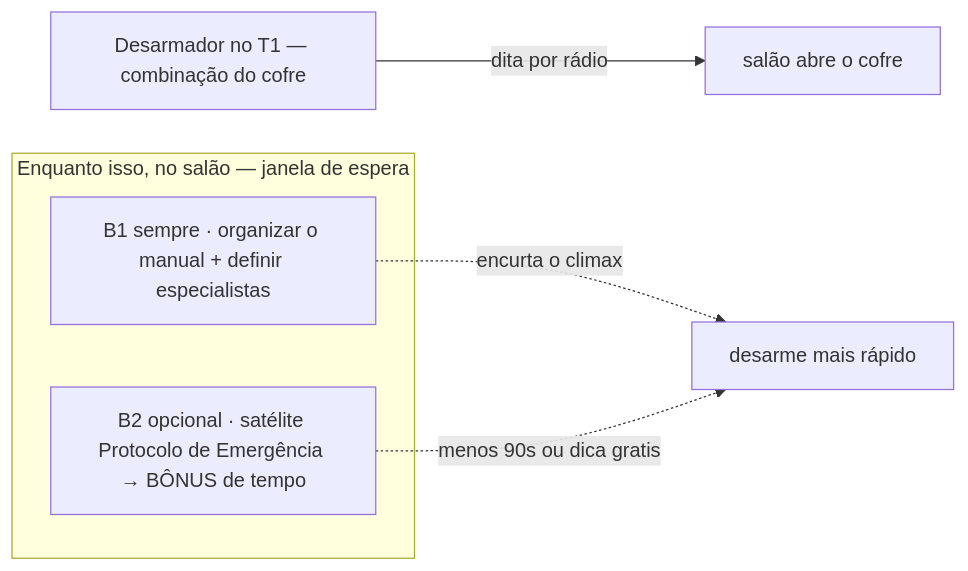
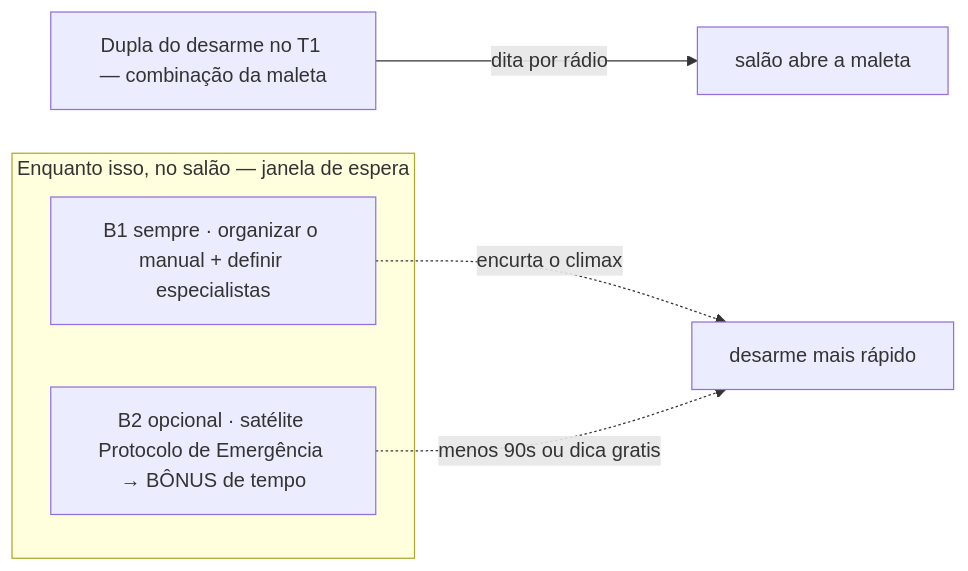
One commit to eltoncezar/escape-room-iatec changed the third of 3 diagrams in docs/01-fluxo-e-mapa.md. Above: the diagram before and after it, drawn with Mermaid. The commit also changed other lines of this file and 8 other files, not shown here.

````diff
--- a/docs/01-fluxo-e-mapa.md
+++ b/docs/01-fluxo-e-mapa.md
@@ -85,10 +98,10 @@
 ```mermaid
 flowchart LR
-    T1["Desarmador no T1 — combinação do cofre"] -->|dita por rádio| COFRE["salão abre o cofre"]
+    T1["Dupla do desarme no T1 — combinação da maleta"] -->|dita por rádio| MALETA["salão abre a maleta"]
     subgraph JANELA["Enquanto isso, no salão — janela de espera"]
         B1["B1 sempre · organizar o manual + definir especialistas"]
         B2["B2 opcional · satélite Protocolo de Emergência → BÔNUS de tempo"]
     end
     B1 -.->|encurta o climax| CLIMAX["desarme mais rápido"]
     B2 -.->|menos 90s ou dica gratis| CLIMAX
 ```
````
